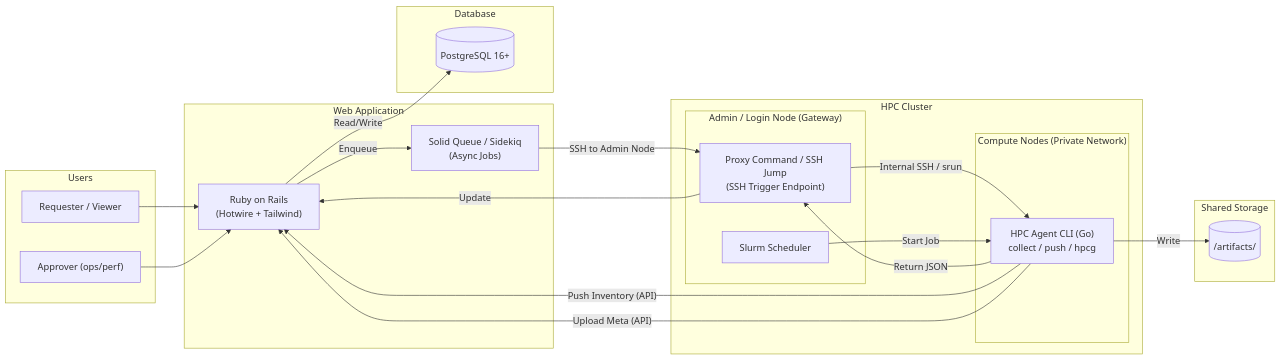
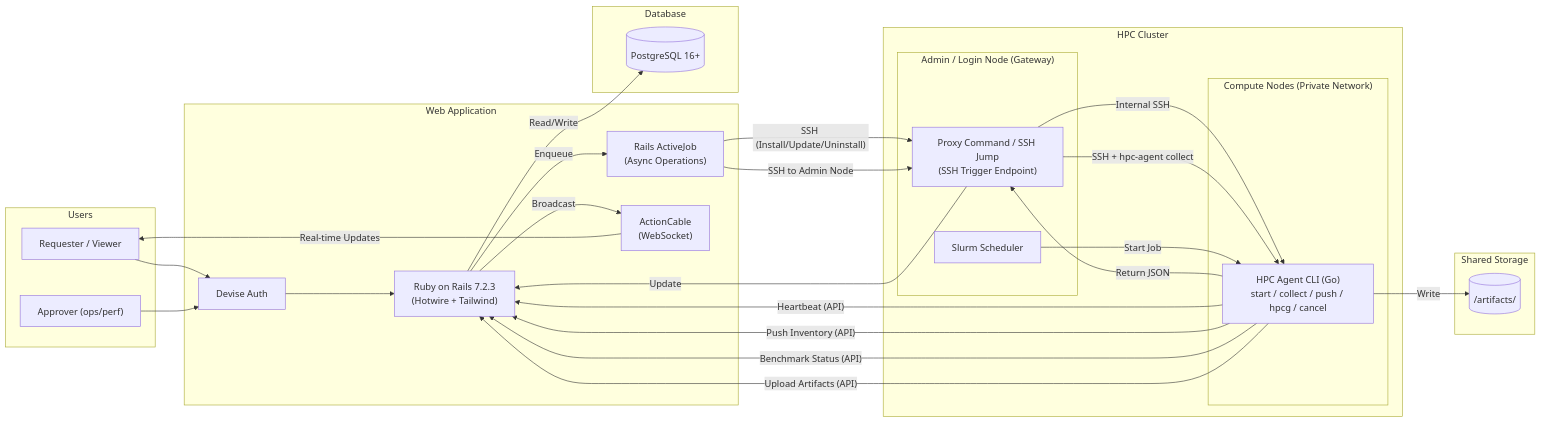
One commit to yuka1981/diagnostic-tools changed the diagram in docs/PRD.md. Above: the diagram before and after it, drawn with Mermaid. The commit also changed other lines of this file, not shown here.

````diff
--- a/docs/PRD.md
+++ b/docs/PRD.md
@@ -222,53 +318,67 @@
 ```mermaid
-flowchart LR  
-  %% =========================  
-  %% HPC System Detection & Benchmark Tool - System Architecture (v0.6.0)  
+flowchart LR
+  %% =========================
+  %% HPC System Detection & Benchmark Tool - System Architecture (v0.9.0)
   %% =========================
 
   subgraph USERS["Users"]
     U1["Requester / Viewer"]
     U2["Approver (ops/perf)"]
   end
 
   subgraph WEB["Web Application"]
-    RAILS["Ruby on Rails<br/>(Hotwire + Tailwind)"]
-    JOBS["Solid Queue / Sidekiq<br/>(Async Jobs)"]
+    RAILS["Ruby on Rails 7.2.3<br/>(Hotwire + Tailwind)"]
+    JOBS["Rails ActiveJob<br/>(Async Operations)"]
+    CABLE["ActionCable<br/>(WebSocket)"]
+    DEVISE["Devise Auth"]
   end
 
   subgraph DB["Database"]
     PG[("PostgreSQL 16+")]
   end
 
   subgraph STORAGE["Shared Storage"]
     ART[("/artifacts/<run_id>")]
   end
 
   subgraph HPC["HPC Cluster"]
     subgraph NODES["Compute Nodes (Private Network)"]
-      AG["HPC Agent CLI (Go)<br/>collect / push / hpcg"]
+      AG["HPC Agent CLI (Go)<br/>start / collect / push / hpcg / cancel"]
     end
     subgraph LOGIN["Admin / Login Node (Gateway)"]
       COL["Proxy Command / SSH Jump<br/>(SSH Trigger Endpoint)"]
       SLURM["Slurm Scheduler"]
     end
   end
 
-  %% Interactions
-  U1 --> RAILS
-  U2 --> RAILS
-    
+  %% User Interactions
+  U1 --> DEVISE
+  U2 --> DEVISE
+  DEVISE --> RAILS
+
+  %% Web App Interactions
   RAILS -- "Read/Write" --> PG
   RAILS -- "Enqueue" --> JOBS
-    
+  RAILS -- "Broadcast" --> CABLE
+  CABLE -- "Real-time Updates" --> U1
+
+  %% Agent Lifecycle (SSH)
+  JOBS -- "SSH (Install/Update/Uninstall)" --> COL
+  COL -- "Internal SSH" --> AG
+
+  %% Inventory Collection (Pull)
   JOBS -- "SSH to Admin Node" --> COL
-  COL -- "Internal SSH / srun" --> AG
+  COL -- "SSH + hpc-agent collect" --> AG
   AG -- "Return JSON" --> COL
   COL -- "Update" --> RAILS
 
-  %% Active Push Inventory
+  %% Agent Daemon Mode (Push)
+  AG -- "Heartbeat (API)" --> RAILS
   AG -- "Push Inventory (API)" --> RAILS
+  AG -- "Benchmark Status (API)" --> RAILS
 
+  %% Benchmark Execution
   SLURM -- "Start Job" --> AG
   AG -- "Write" --> ART
-  AG -- "Upload Meta (API)" --> RAILS
+  AG -- "Upload Artifacts (API)" --> RAILS
 ```
````
